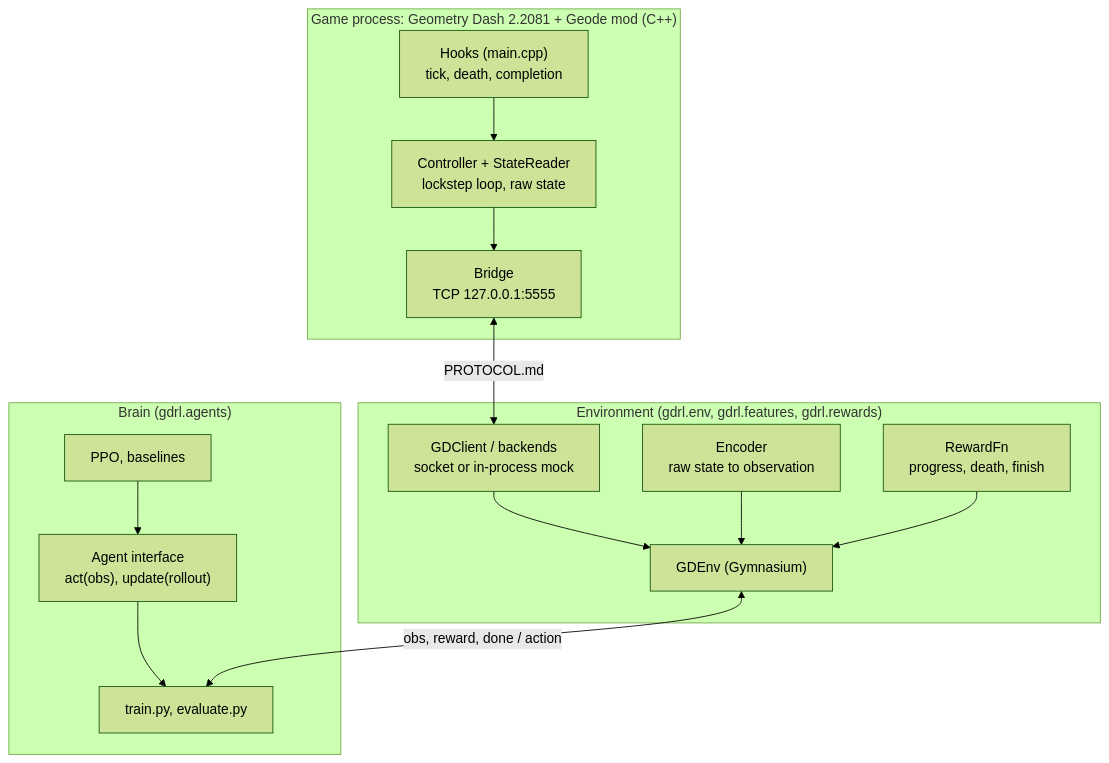
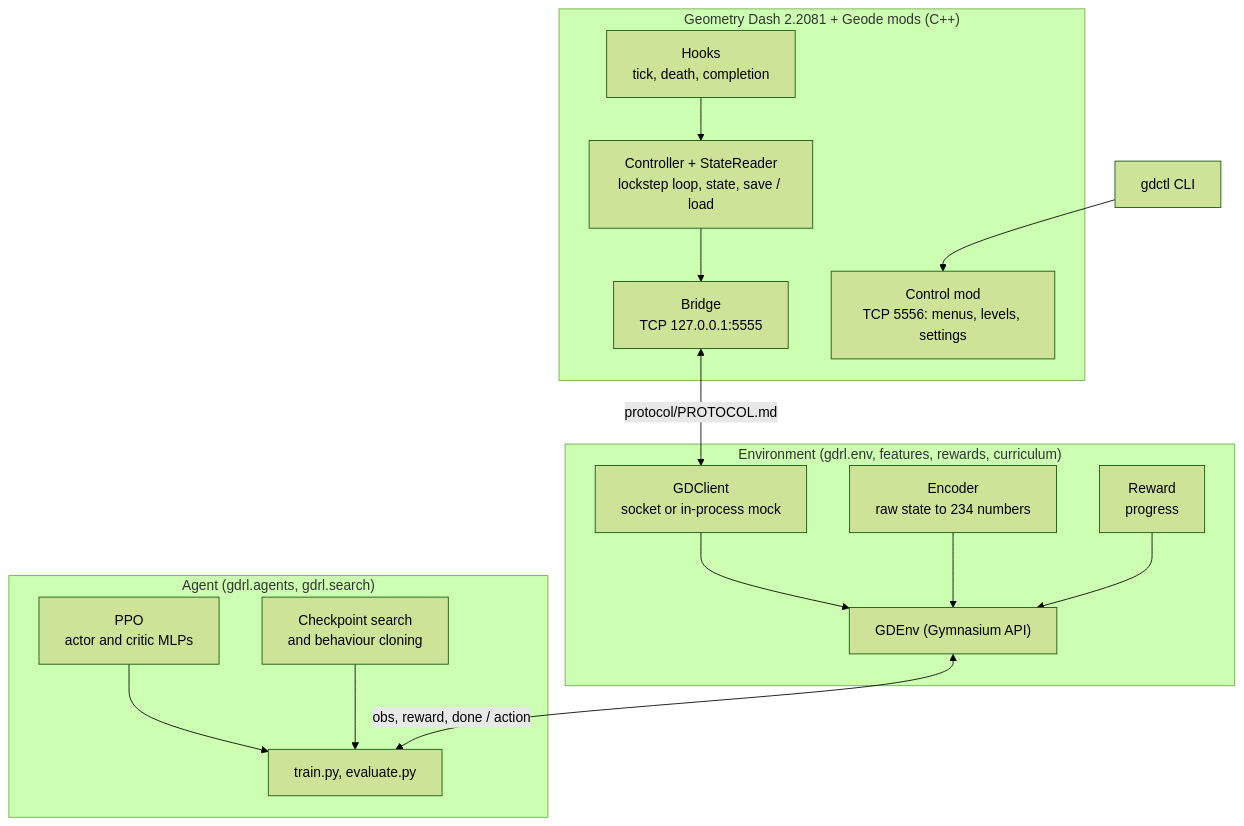
The diagram in README.md (xucaleb6335/geometry-dash-rl), drawn with Mermaid (forest theme) before and after one commit. The commit also changed other lines of this file and 19 other files, not shown here.

First line of the commit message:
README videos: the agent's view drawn in game, and the network replay

````diff
--- a/README.md
+++ b/README.md
@@ -14,26 +38,29 @@
 ```mermaid
 flowchart TB
-    subgraph game["Game process: Geometry Dash 2.2081 + Geode mod (C++)"]
-        hooks["Hooks (main.cpp)<br/>tick, death, completion"]
-        ctrl["Controller + StateReader<br/>lockstep loop, raw state"]
+    subgraph game["Geometry Dash 2.2081 + Geode mods (C++)"]
+        hooks["Hooks<br/>tick, death, completion"]
+        ctrl["Controller + StateReader<br/>lockstep loop, state, save / load"]
         bridge["Bridge<br/>TCP 127.0.0.1:5555"]
+        control["Control mod<br/>TCP 5556: menus, levels, settings"]
         hooks --> ctrl --> bridge
     end
-    subgraph env["Environment (gdrl.env, gdrl.features, gdrl.rewards)"]
-        client["GDClient / backends<br/>socket or in-process mock"]
-        encoder["Encoder<br/>raw state to observation"]
-        reward["RewardFn<br/>progress, death, finish"]
-        gdenv["GDEnv (Gymnasium)"]
+    subgraph env["Environment (gdrl.env, features, rewards, curriculum)"]
+        client["GDClient<br/>socket or in-process mock"]
+        encoder["Encoder<br/>raw state to 234 numbers"]
+        reward["Reward<br/>progress"]
+        gdenv["GDEnv (Gymnasium API)"]
         client --> gdenv
         encoder --> gdenv
         reward --> gdenv
     end
-    subgraph brain["Brain (gdrl.agents)"]
-        iface["Agent interface<br/>act(obs), update(rollout)"]
-        impls["PPO, baselines"]
+    subgraph brain["Agent (gdrl.agents, gdrl.search)"]
+        ppo["PPO<br/>actor and critic MLPs"]
+        search["Checkpoint search<br/>and behaviour cloning"]
         loop["train.py, evaluate.py"]
-        impls --> iface --> loop
+        ppo --> loop
+        search --> loop
     end
-    bridge <-- "PROTOCOL.md" --> client
+    gdctl["gdctl CLI"] --> control
+    bridge <-- "protocol/PROTOCOL.md" --> client
     gdenv <-- "obs, reward, done / action" --> loop
 ```
````
